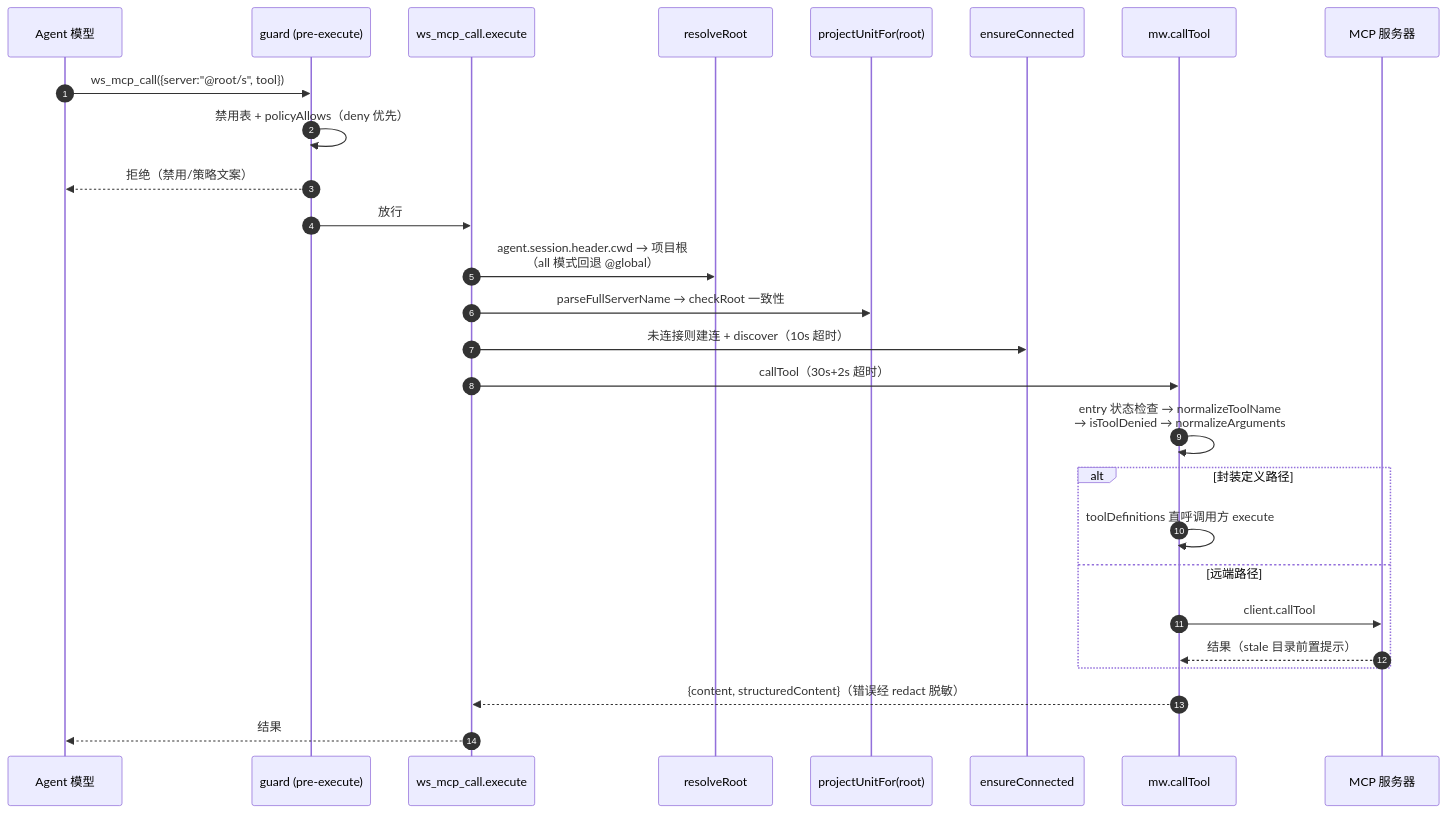
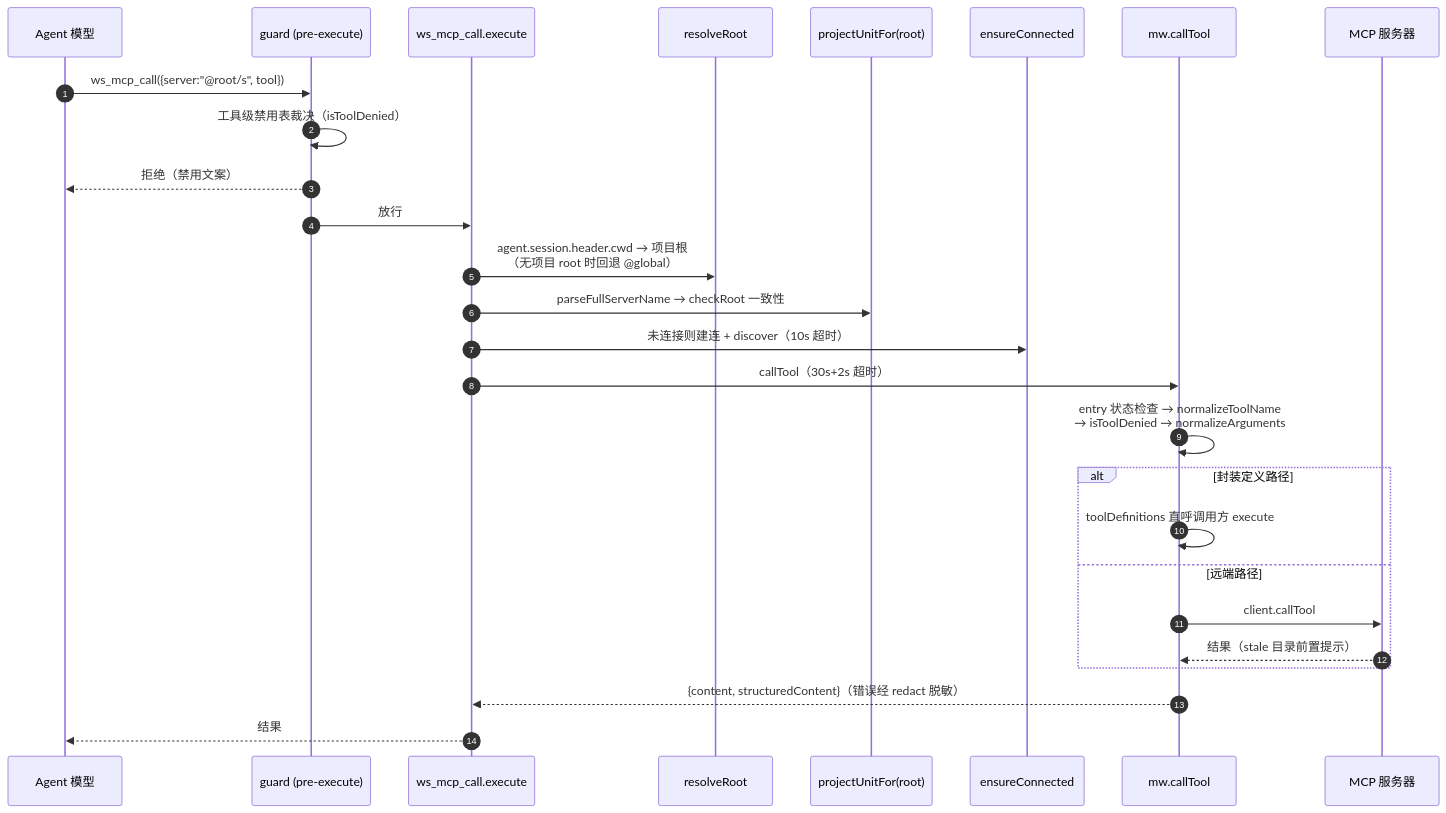
The fourth of 4 diagrams in docs/architecture/dsh-mcp-manager.md (wingsky-1/dsh-plugin-hub), drawn with Mermaid before and after one commit. The commit also changed other lines of this file and 57 other files, not shown here.

````diff
--- a/docs/architecture/dsh-mcp-manager.md
+++ b/docs/architecture/dsh-mcp-manager.md
@@ -151,30 +152,30 @@
 ```mermaid
 sequenceDiagram
     autonumber
     participant M as Agent 模型
     participant G as guard (pre-execute)
     participant C as ws_mcp_call.execute
     participant R as resolveRoot
     participant U as projectUnitFor(root)
     participant E as ensureConnected
     participant X as mw.callTool
     participant SRV as MCP 服务器
 
     M->>G: ws_mcp_call({server:"@root/s", tool})
-    G->>G: 禁用表 + policyAllows（deny 优先）
-    G-->>M: 拒绝（禁用/策略文案）
+    G->>G: 工具级禁用表裁决（isToolDenied）
+    G-->>M: 拒绝（禁用文案）
     G->>C: 放行
-    C->>R: agent.session.header.cwd → 项目根<br/>（all 模式回退 @global）
+    C->>R: agent.session.header.cwd → 项目根<br/>（无项目 root 时回退 @global）
     C->>U: parseFullServerName → checkRoot 一致性
     C->>E: 未连接则建连 + discover（10s 超时）
     C->>X: callTool（30s+2s 超时）
     X->>X: entry 状态检查 → normalizeToolName<br/>→ isToolDenied → normalizeArguments
     alt 封装定义路径
         X->>X: toolDefinitions 直呼调用方 execute
     else 远端路径
         X->>SRV: client.callTool
         SRV-->>X: 结果（stale 目录前置提示）
     end
     X-->>C: {content, structuredContent}（错误经 redact 脱敏）
     C-->>M: 结果
 ```
````
